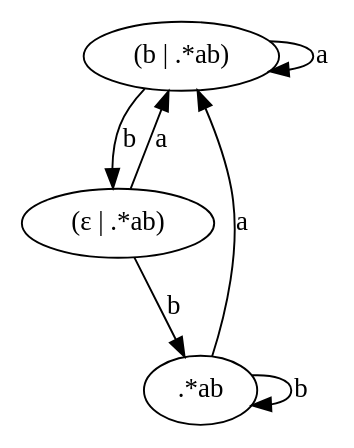
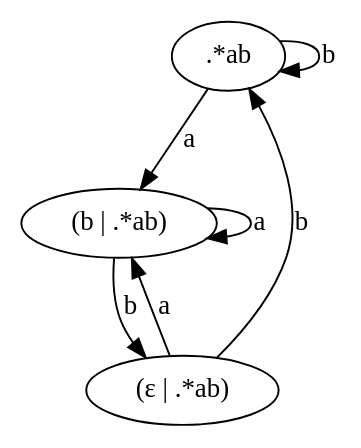
The diagram in graphs/dfa.dot (eniac/Reef), drawn with Graphviz before and after one commit. The commit also changed other lines of this file and 5 other files, not shown here.

```diff
--- a/graphs/dfa.dot
+++ b/graphs/dfa.dot
@@ -1,11 +1,11 @@
 digraph example {
+    N0[label=".*ab"];
     N1[label="(b | .*ab)"];
     N2[label="(ε | .*ab)"];
-    N0[label=".*ab"];
-    N2 -> N0[label="b"];
-    N0 -> N1[label="a"];
-    N0 -> N0[label="b"];
     N1 -> N2[label="b"];
     N1 -> N1[label="a"];
     N2 -> N1[label="a"];
+    N0 -> N0[label="b"];
+    N0 -> N1[label="a"];
+    N2 -> N0[label="b"];
 }
```
